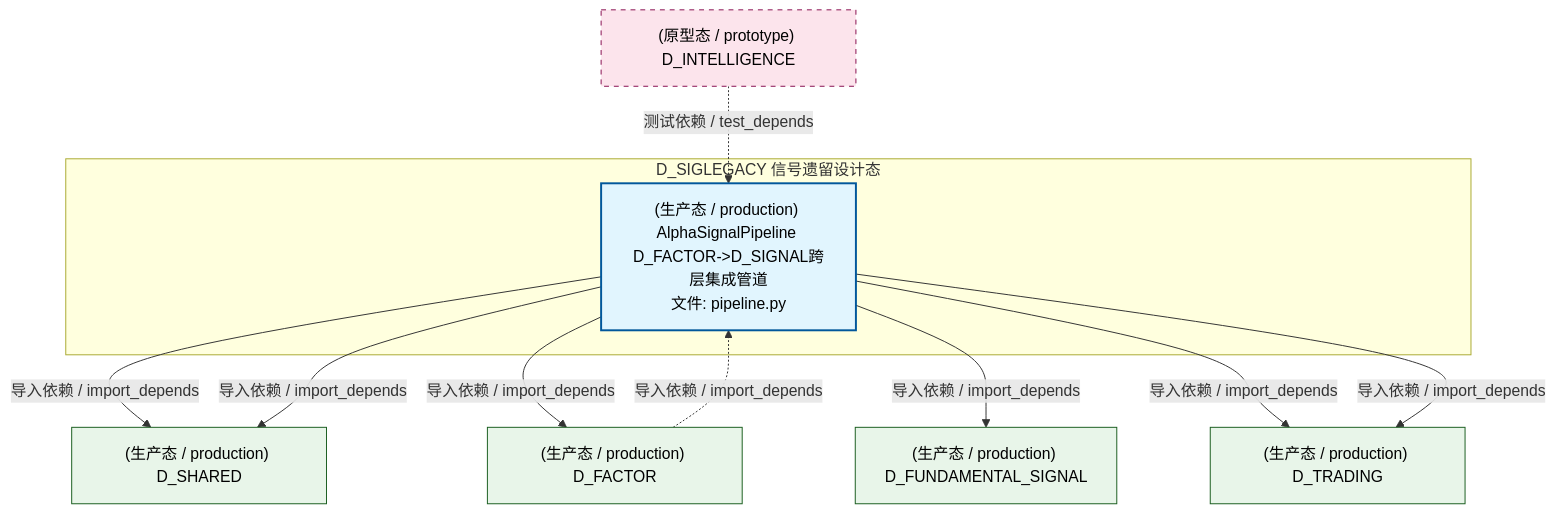
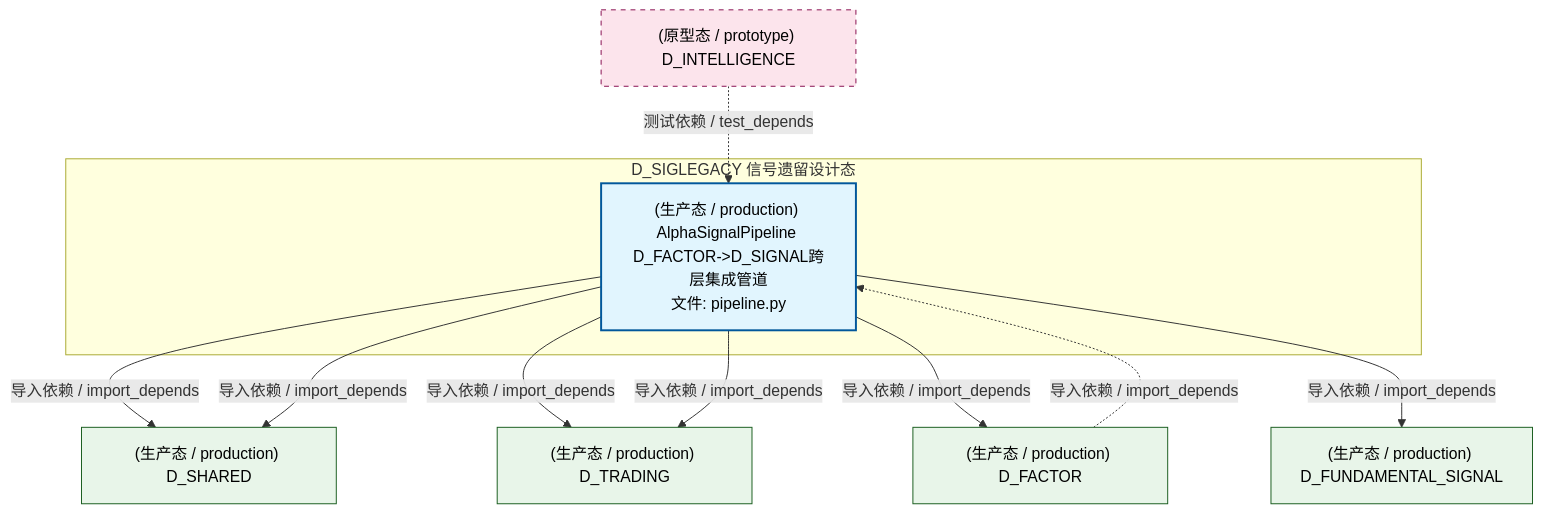
One commit to xuanFelixVan/ZephyrAlpha changed the second of 4 diagrams in docs/02_enterprise_architecture/02_domain_architecture_docs/63_d_siglegacy.md. Above: the diagram before and after it, drawn with Mermaid. The commit also changed other lines of this file and 125 other files, not shown here.

````diff
--- a/docs/02_enterprise_architecture/02_domain_architecture_docs/63_d_siglegacy.md
+++ b/docs/02_enterprise_architecture/02_domain_architecture_docs/63_d_siglegacy.md
@@ -138,26 +138,26 @@
 ```mermaid
 graph TD
     subgraph D_SIGLEGACY["D_SIGLEGACY 信号遗留设计态"]
         src_zephyr_signal_fundamental_pipeline_py["(生产态 / production) AlphaSignalPipeline D_FACTOR->D_SIGNAL跨层集成管道<br/>文件: pipeline.py"]
     end
     D_SHARED["(生产态 / production) D_SHARED"]
     src_zephyr_signal_fundamental_pipeline_py -->|导入依赖 / import_depends| D_SHARED
-    src_zephyr_signal_fundamental_pipeline_py -->|导入依赖 / import_depends| D_SHARED
+    D_TRADING["(生产态 / production) D_TRADING"]
+    src_zephyr_signal_fundamental_pipeline_py -->|导入依赖 / import_depends| D_TRADING
     D_FACTOR["(生产态 / production) D_FACTOR"]
     src_zephyr_signal_fundamental_pipeline_py -->|导入依赖 / import_depends| D_FACTOR
     D_FUNDAMENTAL_SIGNAL["(生产态 / production) D_FUNDAMENTAL_SIGNAL"]
     src_zephyr_signal_fundamental_pipeline_py -->|导入依赖 / import_depends| D_FUNDAMENTAL_SIGNAL
-    D_TRADING["(生产态 / production) D_TRADING"]
-    src_zephyr_signal_fundamental_pipeline_py -->|导入依赖 / import_depends| D_TRADING
+    src_zephyr_signal_fundamental_pipeline_py -->|导入依赖 / import_depends| D_SHARED
     src_zephyr_signal_fundamental_pipeline_py -->|导入依赖 / import_depends| D_TRADING
     D_FACTOR -.->|导入依赖 / import_depends| src_zephyr_signal_fundamental_pipeline_py
     D_INTELLIGENCE["(原型态 / prototype) D_INTELLIGENCE"]
     D_INTELLIGENCE -.->|测试依赖 / test_depends| src_zephyr_signal_fundamental_pipeline_py
     classDef production fill:#e1f5fe,stroke:#01579b,stroke-width:2px,color:#000
     classDef design fill:#fff3e0,stroke:#e65100,stroke-width:2px,color:#000,stroke-dasharray: 5 5
     classDef external_prod fill:#e8f5e9,stroke:#1b5e20,stroke-width:1px,color:#000
     classDef external_design fill:#fce4ec,stroke:#880e4f,stroke-width:1px,color:#000,stroke-dasharray: 5 5
     class src_zephyr_signal_fundamental_pipeline_py production
-    class D_SHARED,D_FACTOR,D_FUNDAMENTAL_SIGNAL,D_TRADING external_prod
+    class D_SHARED,D_TRADING,D_FACTOR,D_FUNDAMENTAL_SIGNAL external_prod
     class D_INTELLIGENCE external_design
 ```
````
